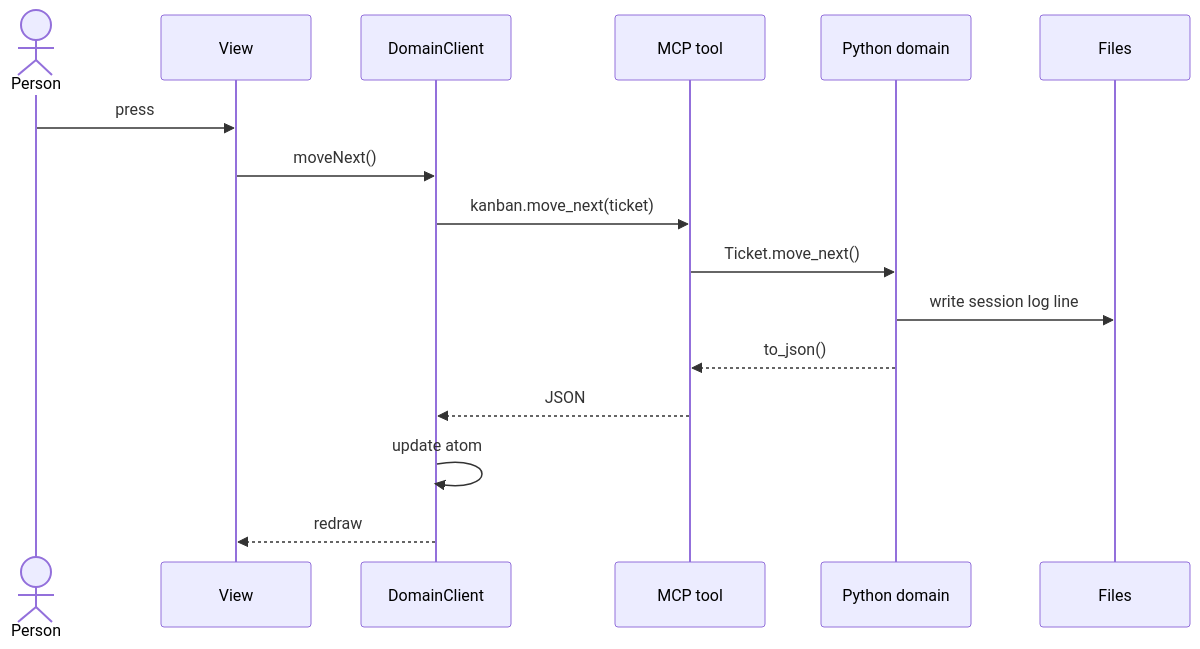
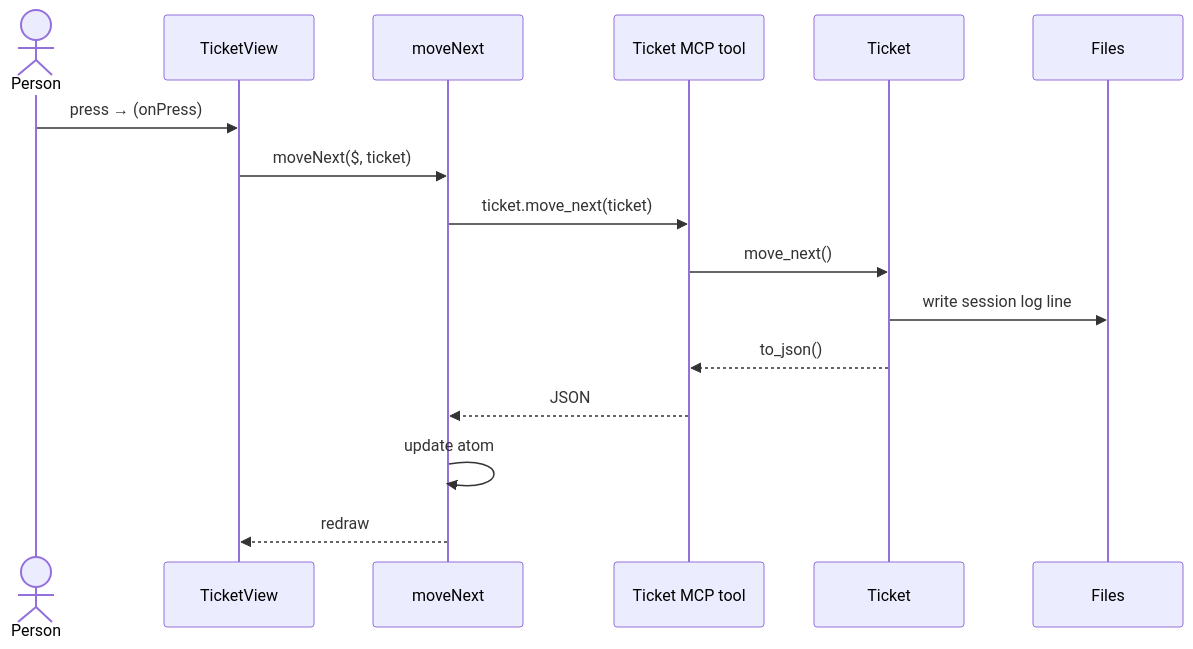
The second of 2 diagrams in cdd_guidance/patterns/cdd_claude_mod/cdd_claude_mod.md (abd-works/abd-context-driven-delivery), drawn with Mermaid before and after one commit. The commit also changed other lines of this file and 84 other files, not shown here.

First line of the commit message:
Kanban mod: build every story and move MCP tools onto the domain

````diff
--- a/cdd_guidance/patterns/cdd_claude_mod/cdd_claude_mod.md
+++ b/cdd_guidance/patterns/cdd_claude_mod/cdd_claude_mod.md
@@ -72,19 +105,19 @@
 ```mermaid
 sequenceDiagram
   actor Person
-  participant View
-  participant Client as DomainClient
-  participant Tool as MCP tool
-  participant Domain as Python domain
+  participant View as TicketView
+  participant Action as moveNext
+  participant Tool as Ticket MCP tool
+  participant Domain as Ticket
   participant Files
 
-  Person->>View: press
-  View->>Client: moveNext()
-  Client->>Tool: kanban.move_next(ticket)
-  Tool->>Domain: Ticket.move_next()
+  Person->>View: press → (onPress)
+  View->>Action: moveNext($, ticket)
+  Action->>Tool: ticket.move_next(ticket)
+  Tool->>Domain: move_next()
   Domain->>Files: write session log line
   Domain-->>Tool: to_json()
-  Tool-->>Client: JSON
-  Client->>Client: update atom
-  Client-->>View: redraw
+  Tool-->>Action: JSON
+  Action->>Action: update atom
+  Action-->>View: redraw
 ```
````
